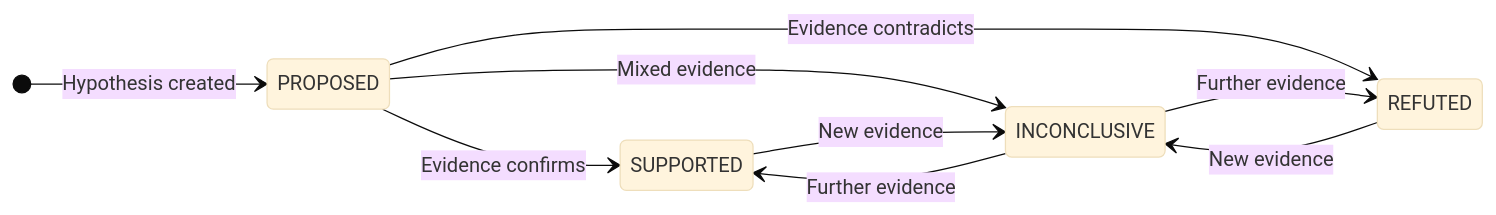
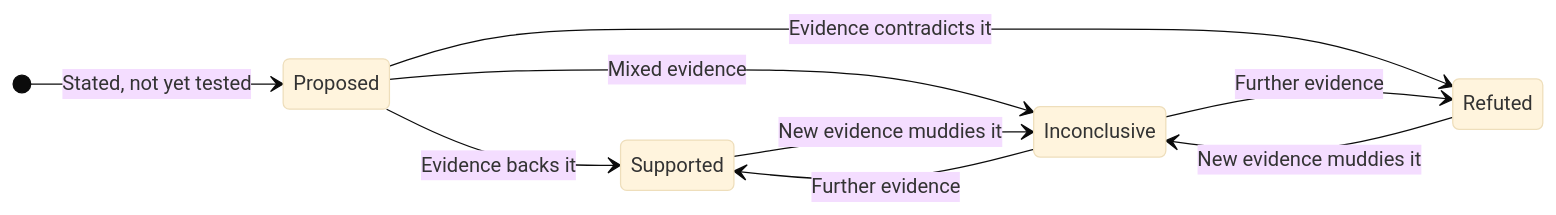
Before and after one commit to classifyre/classifyre: the second of 2 diagrams in apps/docs/app/flow/investigations/cases/hypothesis/page.mdx, drawn with Mermaid (base theme). The commit also changed other lines of this file and 4 other files, not shown here.

````diff
--- a/apps/docs/app/flow/investigations/cases/hypothesis/page.mdx
+++ b/apps/docs/app/flow/investigations/cases/hypothesis/page.mdx
@@ -28,12 +31,12 @@
 ```mermaid
 stateDiagram-v2
     direction LR
-    [*] --> PROPOSED: Hypothesis created
-    PROPOSED --> SUPPORTED: Evidence confirms
-    PROPOSED --> REFUTED: Evidence contradicts
-    PROPOSED --> INCONCLUSIVE: Mixed evidence
-    SUPPORTED --> INCONCLUSIVE: New evidence
-    REFUTED --> INCONCLUSIVE: New evidence
-    INCONCLUSIVE --> SUPPORTED: Further evidence
-    INCONCLUSIVE --> REFUTED: Further evidence
+    [*] --> Proposed: Stated, not yet tested
+    Proposed --> Supported: Evidence backs it
+    Proposed --> Refuted: Evidence contradicts it
+    Proposed --> Inconclusive: Mixed evidence
+    Supported --> Inconclusive: New evidence muddies it
+    Refuted --> Inconclusive: New evidence muddies it
+    Inconclusive --> Supported: Further evidence
+    Inconclusive --> Refuted: Further evidence
 ```
````
